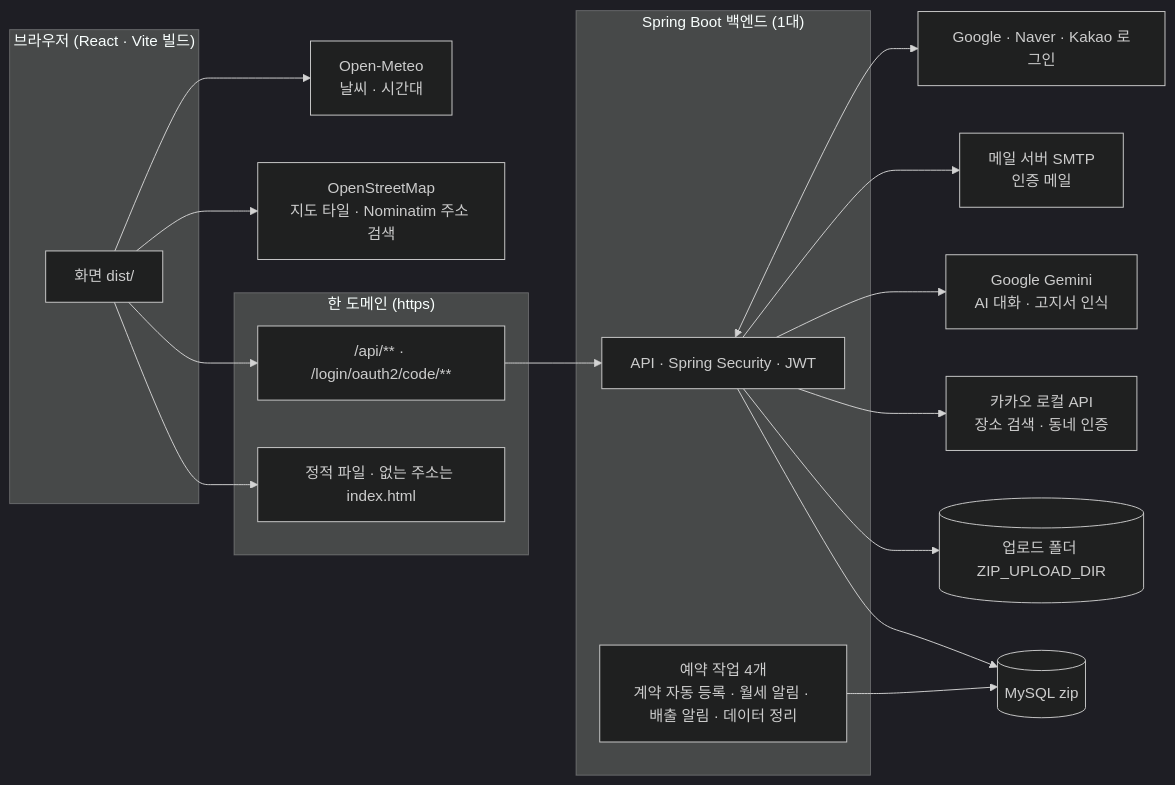
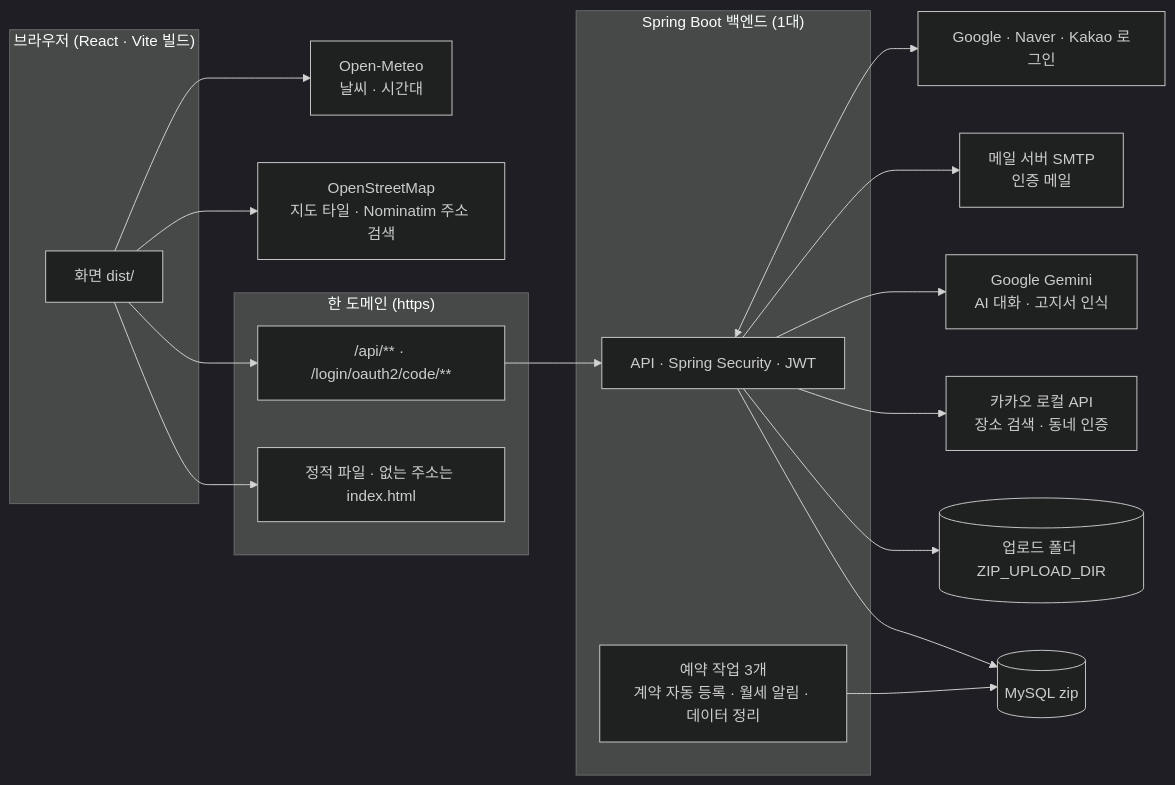
One commit to teammzip/project-ZIP changed the diagram in wiki/topics/application.md. Above: the diagram before and after it, drawn with Mermaid (dark theme). The commit also changed other lines of this file and 34 other files, not shown here.

````diff
--- a/wiki/topics/application.md
+++ b/wiki/topics/application.md
@@ -19,35 +19,35 @@
 ```mermaid
 flowchart LR
     subgraph Browser["브라우저 (React · Vite 빌드)"]
         UI["화면 dist/"]
     end
     subgraph Domain["한 도메인 (https)"]
         Static["정적 파일 · 없는 주소는 index.html"]
         Api["/api/** · /login/oauth2/code/**"]
     end
     subgraph Backend["Spring Boot 백엔드 (1대)"]
         App["API · Spring Security · JWT"]
-        Jobs["예약 작업 4개<br/>계약 자동 등록 · 월세 알림 · 배출 알림 · 데이터 정리"]
+        Jobs["예약 작업 3개<br/>계약 자동 등록 · 월세 알림 · 데이터 정리"]
     end
     DB[("MySQL zip")]
     Files[("업로드 폴더 ZIP_UPLOAD_DIR")]
     Kakao["카카오 로컬 API<br/>장소 검색 · 동네 인증"]
     Gemini["Google Gemini<br/>AI 대화 · 고지서 인식"]
     Mail["메일 서버 SMTP<br/>인증 메일"]
     OAuth["Google · Naver · Kakao 로그인"]
     OSM["OpenStreetMap<br/>지도 타일 · Nominatim 주소 검색"]
     Meteo["Open-Meteo<br/>날씨 · 시간대"]
 
     UI --> Static
     UI --> Api
     Api --> App
     App --> DB
     App --> Files
     Jobs --> DB
     App --> Kakao
     App --> Gemini
     App --> Mail
     App <--> OAuth
     UI --> OSM
     UI --> Meteo
 ```
````
